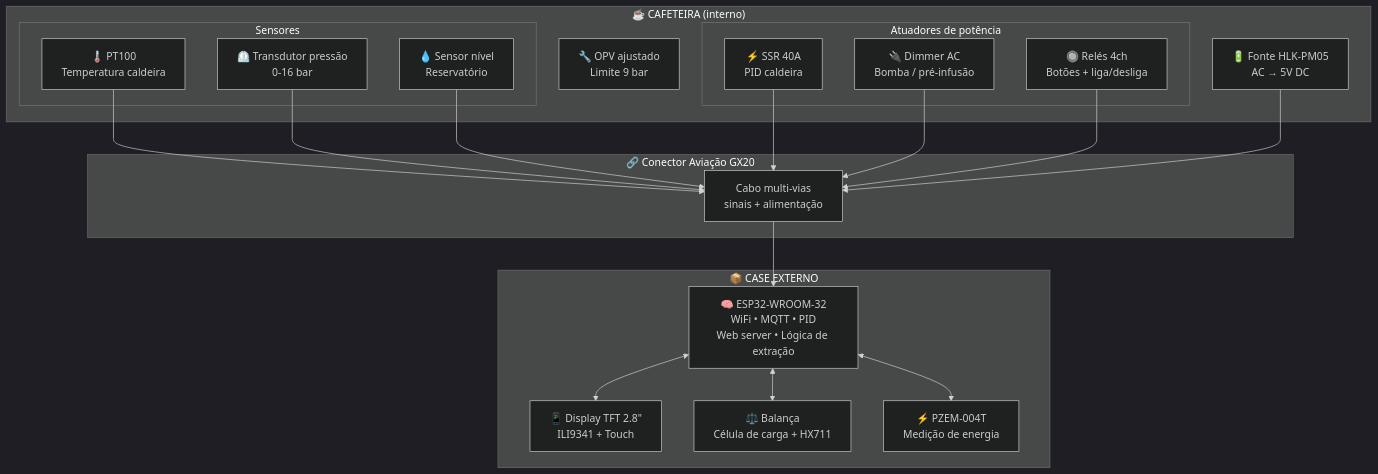
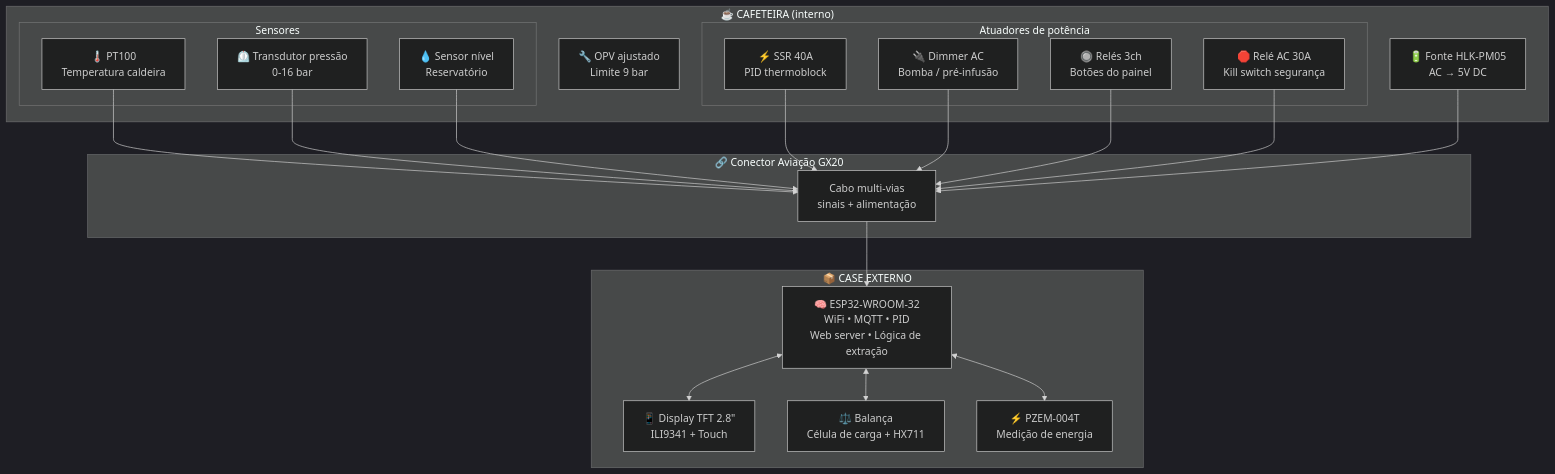
Before and after one commit to SamuelMoraesF/iot-oster-prima-latte2: the first of 3 diagrams in README.md, drawn with Mermaid (dark theme). The commit also changed other lines of this file and 3 other files, not shown here.

````diff
--- a/README.md
+++ b/README.md
@@ -23,44 +23,46 @@
 ```mermaid
 graph TB
     subgraph cafeteira["☕ CAFETEIRA (interno)"]
         subgraph sensores["Sensores"]
             PT100["🌡️ PT100<br/>Temperatura caldeira"]
             PRESSAO["⏲️ Transdutor pressão<br/>0-16 bar"]
             NIVEL["💧 Sensor nível<br/>Reservatório"]
         end
 
         subgraph atuadores["Atuadores de potência"]
-            SSR["⚡ SSR 40A<br/>PID caldeira"]
+            SSR["⚡ SSR 40A<br/>PID thermoblock"]
             DIMMER["🔌 Dimmer AC<br/>Bomba / pré-infusão"]
-            RELES["🔘 Relés 4ch<br/>Botões + liga/desliga"]
+            RELES["🔘 Relés 3ch<br/>Botões do painel"]
+            KILLSW["🛑 Relé AC 30A<br/>Kill switch segurança"]
         end
 
         FONTE["🔋 Fonte HLK-PM05<br/>AC → 5V DC"]
         OPV["🔧 OPV ajustado<br/>Limite 9 bar"]
     end
 
     subgraph conector["🔗 Conector Aviação GX20"]
         CABO["Cabo multi-vias<br/>sinais + alimentação"]
     end
 
     subgraph case_externo["📦 CASE EXTERNO"]
         ESP32["🧠 ESP32-WROOM-32<br/>WiFi • MQTT • PID<br/>Web server • Lógica de extração"]
         DISPLAY["📱 Display TFT 2.8&quot;<br/>ILI9341 + Touch"]
         BALANCA["⚖️ Balança<br/>Célula de carga + HX711"]
         PZEM["⚡ PZEM-004T<br/>Medição de energia"]
     end
 
     PT100 --> CABO
     PRESSAO --> CABO
     NIVEL --> CABO
     SSR --> CABO
     DIMMER --> CABO
     RELES --> CABO
+    KILLSW --> CABO
     FONTE --> CABO
 
     CABO --> ESP32
 
     ESP32 <--> DISPLAY
     ESP32 <--> BALANCA
     ESP32 <--> PZEM
 ```
````
